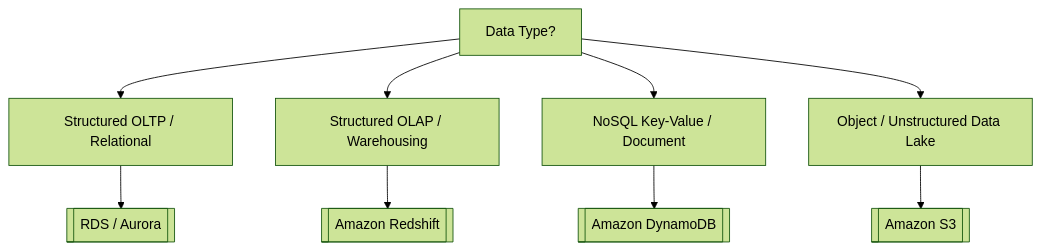
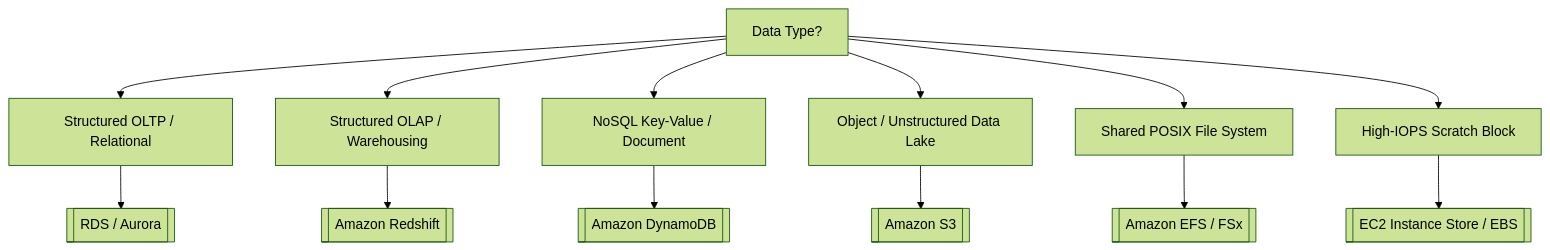
One commit to Wathon/aws-dea-c01-note changed the diagram in content/04-exam-tips/service-comparisons.md. Above: the diagram before and after it, drawn with Mermaid (forest theme). The commit also changed other lines of this file and 7 other files, not shown here.

Commit message:
feat(storage): add Amazon EFS vs. EBS vs. EC2 Instance Store comparison note

````diff
--- a/content/04-exam-tips/service-comparisons.md
+++ b/content/04-exam-tips/service-comparisons.md
@@ -19,12 +19,16 @@
 ```mermaid
 graph TD
     Data[Data Type?] --> Structured[Structured OLTP / Relational]
     Data --> Analytics[Structured OLAP / Warehousing]
     Data --> SemiStructured[NoSQL Key-Value / Document]
     Data --> DataLake[Object / Unstructured Data Lake]
+    Data --> SharedFile[Shared POSIX File System]
+    Data --> HighIOPSBlock[High-IOPS Scratch Block]
 
     Structured --> RDS[[RDS / Aurora]]
     Analytics --> Redshift[[Amazon Redshift]]
     SemiStructured --> DynamoDB[[Amazon DynamoDB]]
     DataLake --> S3[[Amazon S3]]
+    SharedFile --> EFS[[Amazon EFS / FSx]]
+    HighIOPSBlock --> InstStore[[EC2 Instance Store / EBS]]
 ```
````
